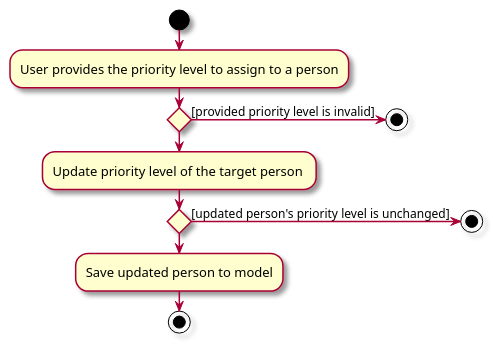
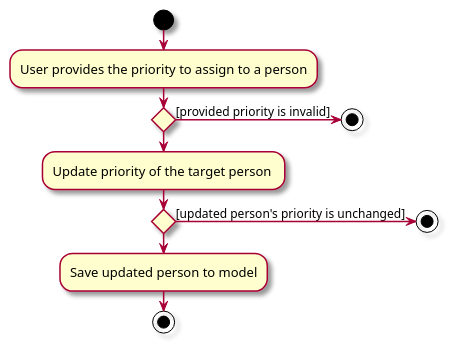
The diagram in diagrams/priority-feature/UpdatePriorityActivityDiagram.puml (yucongkoo/tp), drawn with PlantUML before and after one commit. The commit also changed 55 other files, not shown here.

```diff
--- a/diagrams/priority-feature/UpdatePriorityActivityDiagram.puml
+++ b/diagrams/priority-feature/UpdatePriorityActivityDiagram.puml
@@ -1,20 +1,20 @@
 @startuml
 skin rose
 skinparam ActivityFontSize 13
 skinparam ArrowFontSize 12
 
 start
-:User provides the priority level to assign to a person;
+:User provides the priority to assign to a person;
 
 if () then
-    :Update priority level of the target person ;
+    :Update priority of the target person ;
     if () then
     :Save updated person to model;
-    else ([updated person's priority level is unchanged])
+    else ([updated person's priority is unchanged])
         stop
     endif
     stop
-else ([provided priority level is invalid])
+else ([provided priority is invalid])
     stop
 endif
 @enduml
```
